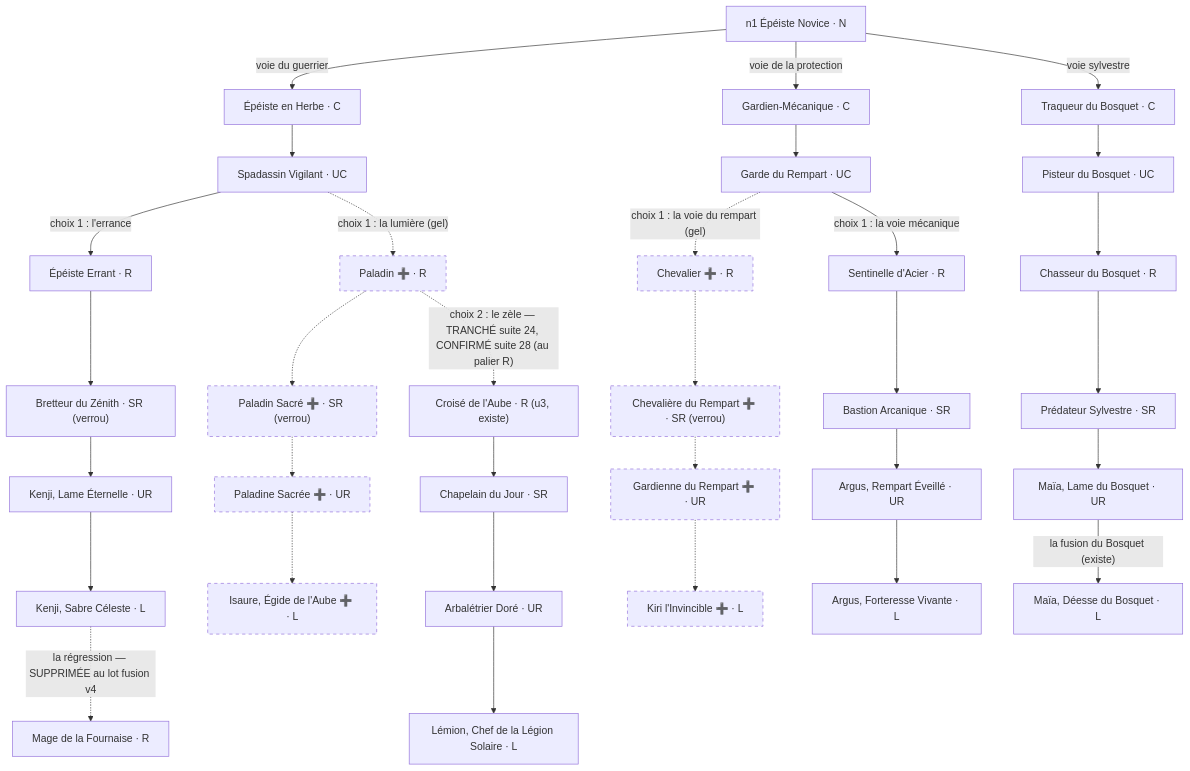
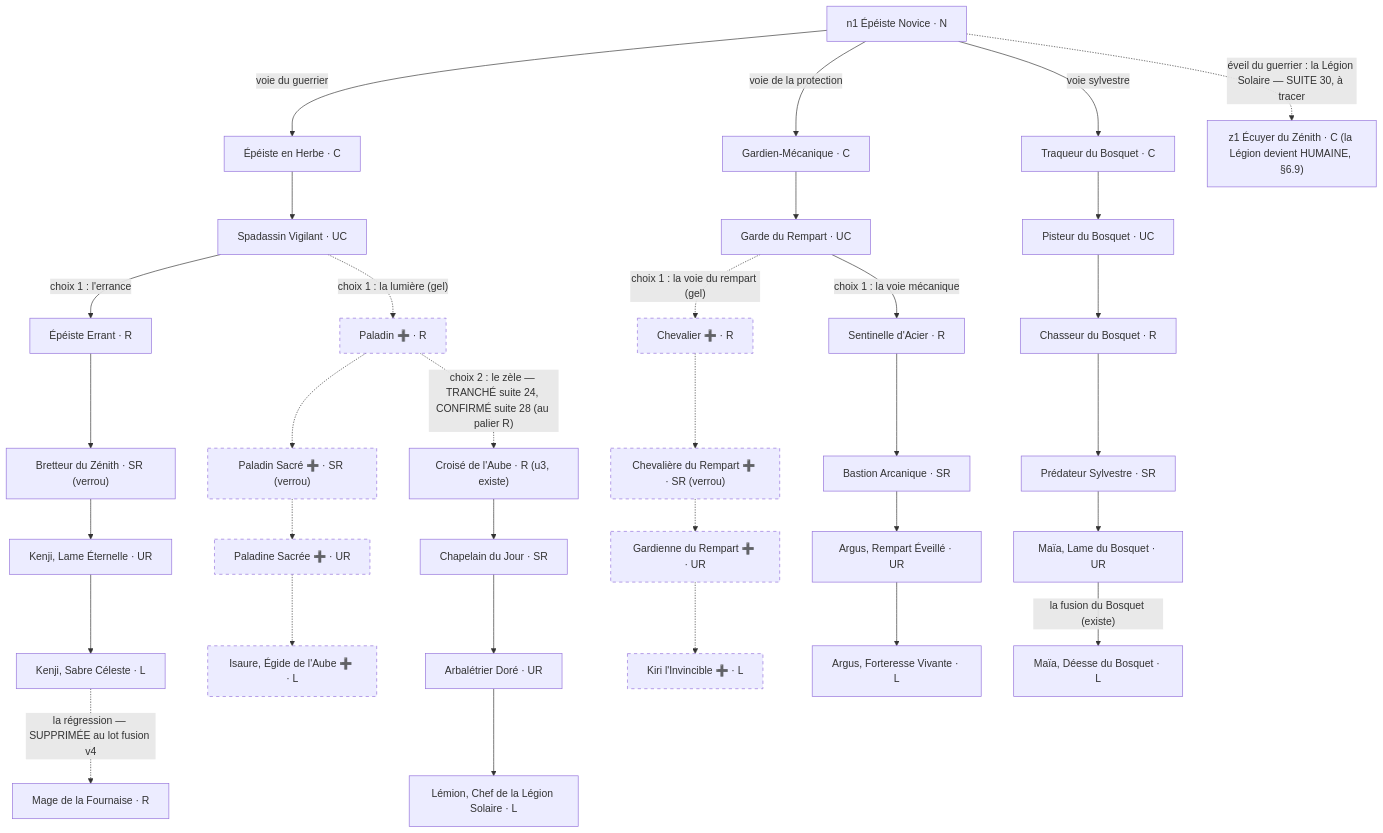
The second of 15 diagrams in docs/design/design-arbres-v18.md (mobize191/aicg-lignees), drawn with Mermaid before and after one commit. The commit also changed other lines of this file and 5 other files, not shown here.

````diff
--- a/docs/design/design-arbres-v18.md
+++ b/docs/design/design-arbres-v18.md
@@ -278,36 +291,37 @@
 ```mermaid
 flowchart TD
   N1["n1 Épéiste Novice · N"] -->|"voie du guerrier"| A1["Épéiste en Herbe · C"]
   N1 -->|"voie de la protection"| S4["Gardien-Mécanique · C"]
   N1 -->|"voie sylvestre"| A24["Traqueur du Bosquet · C"]
   A1 --> A30["Spadassin Vigilant · UC"]
   S4 --> S14["Garde du Rempart · UC"]
   A24 --> A33["Pisteur du Bosquet · UC"]
   A30 -->|"choix 1 : l'errance"| A6["Épéiste Errant · R"]
   A30 -.->|"choix 1 : la lumière (gel)"| PAL["Paladin ➕ · R"]
   S14 -->|"choix 1 : la voie mécanique"| S6["Sentinelle d'Acier · R"]
   S14 -.->|"choix 1 : la voie du rempart (gel)"| CHE["Chevalier ➕ · R"]
   A33 --> A25["Chasseur du Bosquet · R"]
   A6 --> A10["Bretteur du Zénith · SR (verrou)"]
   A10 --> A15["Kenji, Lame Éternelle · UR"]
   A15 --> A17["Kenji, Sabre Céleste · L"]
   A17 -.->|"la régression — SUPPRIMÉE au lot fusion v4"| A20["Mage de la Fournaise · R"]
   PAL -.-> PALS["Paladin Sacré ➕ · SR (verrou)"]
   PALS -.-> PALU["Paladine Sacrée ➕ · UR"]
   PALU -.-> PALL["Isaure, Égide de l'Aube ➕ · L"]
   PAL -.->|"choix 2 : le zèle — TRANCHÉ suite 24, CONFIRMÉ suite 28 (au palier R)"| U3["Croisé de l'Aube · R (u3, existe)"]
   U3 --> U4["Chapelain du Jour · SR"]
   U4 --> U5["Arbalétrier Doré · UR"]
   U5 --> U6["Lémion, Chef de la Légion Solaire · L"]
   CHE -.-> CHES["Chevalière du Rempart ➕ · SR (verrou)"]
   CHES -.-> CHEU["Gardienne du Rempart ➕ · UR"]
   CHEU -.-> CHEL["Kiri l'Invincible ➕ · L"]
+  N1 -.->|"éveil du guerrier : la Légion Solaire — SUITE 30, à tracer"| Z1["z1 Écuyer du Zénith · C (la Légion devient HUMAINE, §6.9)"]
   S6 --> S7["Bastion Arcanique · SR"]
   S7 --> S11["Argus, Rempart Éveillé · UR"]
   S11 --> S12["Argus, Forteresse Vivante · L"]
   A25 --> A26["Prédateur Sylvestre · SR"]
   A26 --> A27["Maïa, Lame du Bosquet · UR"]
   A27 -->|"la fusion du Bosquet (existe)"| A28["Maïa, Déesse du Bosquet · L"]
   classDef gel stroke-dasharray: 5 5;
   class PAL,PALS,PALU,PALL,CHE,CHES,CHEU,CHEL gel;
 ```
````
